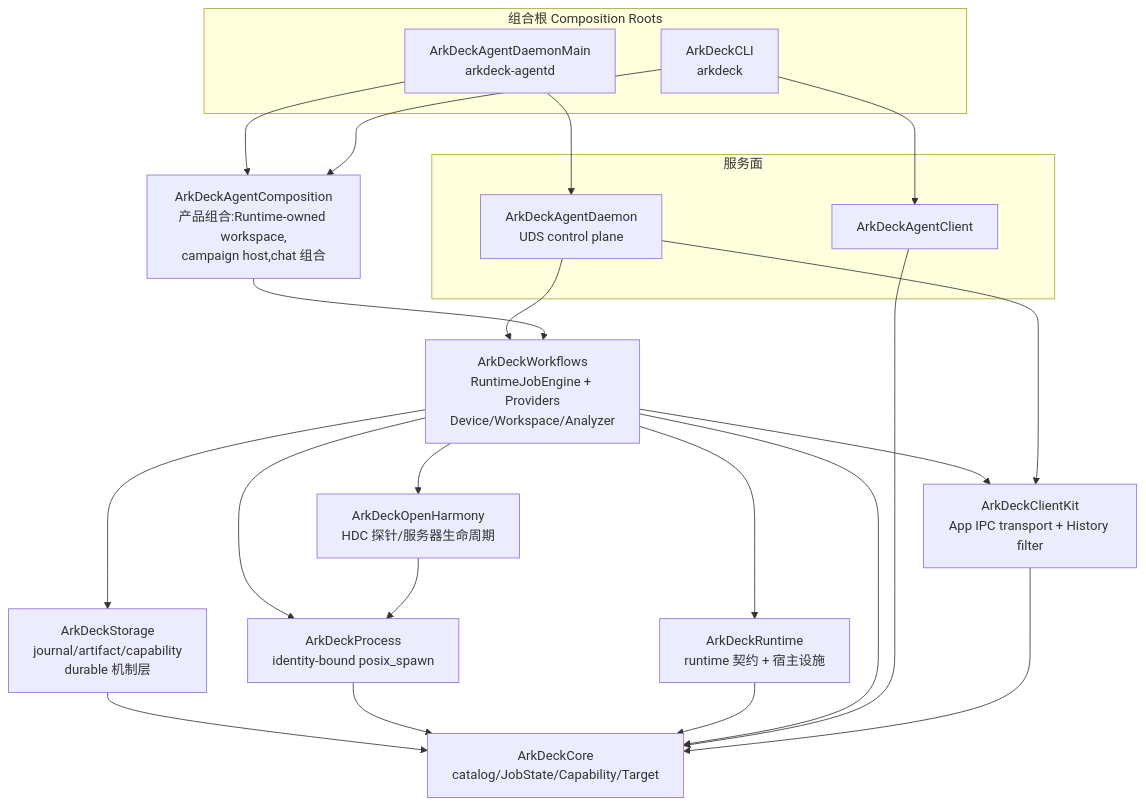
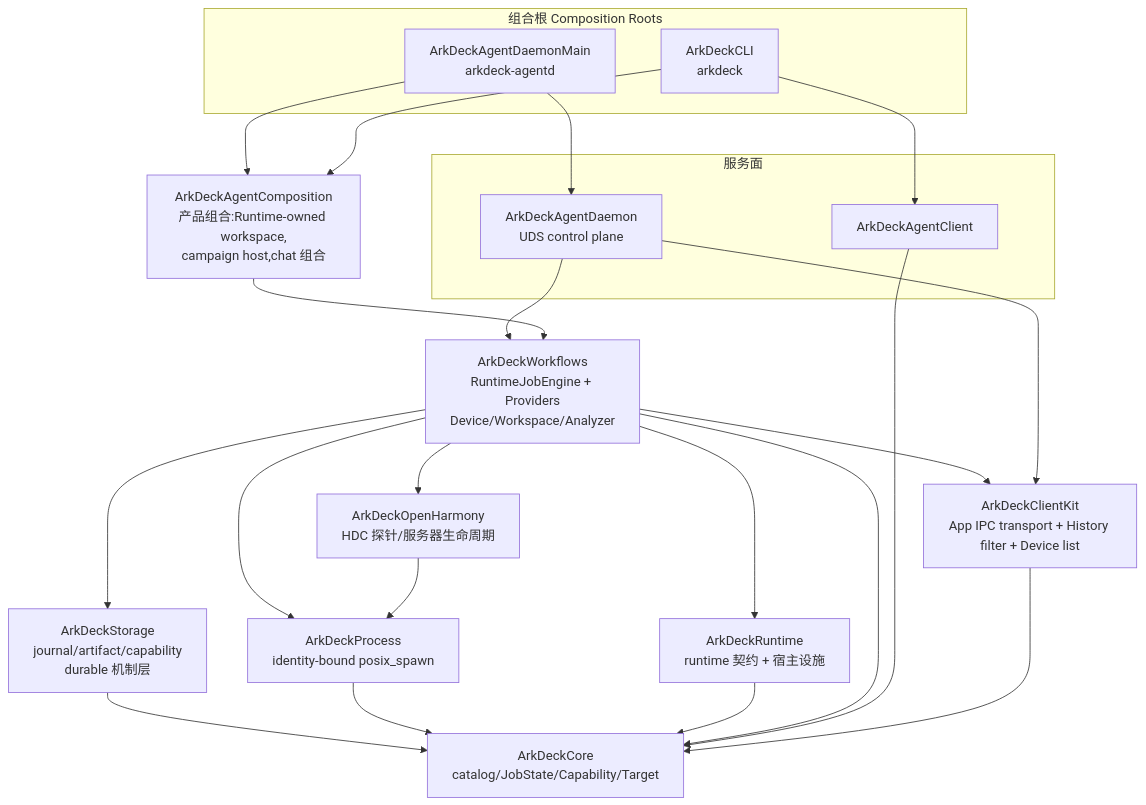
The diagram in docs/ArchitectureRules.md (ArkDeck/ArkDeck), drawn with Mermaid before and after one commit. The commit also changed other lines of this file and 20 other files, not shown here.

Commit message:
refactor(TASK-XPA-019): extract Device list presentation into ClientKit

````diff
--- a/docs/ArchitectureRules.md
+++ b/docs/ArchitectureRules.md
@@ -24,38 +24,38 @@
 ```mermaid
 graph TD
     subgraph 组合根 Composition Roots
         DMAIN[ArkDeckAgentDaemonMain<br/>arkdeck-agentd]
         CLI[ArkDeckCLI<br/>arkdeck]
     end
     subgraph 服务面
         DAEMON[ArkDeckAgentDaemon<br/>UDS control plane]
         CLIENT[ArkDeckAgentClient]
     end
     COMP[ArkDeckAgentComposition<br/>产品组合:Runtime-owned workspace,<br/>campaign host,chat 组合]
     WORKFLOWS[ArkDeckWorkflows<br/>RuntimeJobEngine + Providers<br/>Device/Workspace/Analyzer]
     STORAGE[ArkDeckStorage<br/>journal/artifact/capability<br/>durable 机制层]
     OH[ArkDeckOpenHarmony<br/>HDC 探针/服务器生命周期]
     PROC[ArkDeckProcess<br/>identity-bound posix_spawn]
     RT[ArkDeckRuntime<br/>runtime 契约 + 宿主设施]
     CORE[ArkDeckCore<br/>catalog/JobState/Capability/Target]
 
     DMAIN --> DAEMON
     DMAIN --> COMP
     CLI --> COMP
     CLI --> CLIENT
     DAEMON --> WORKFLOWS
     COMP --> WORKFLOWS
     WORKFLOWS --> OH
     WORKFLOWS --> STORAGE
     WORKFLOWS --> PROC
     WORKFLOWS --> RT
     OH --> PROC
     STORAGE --> CORE
     PROC --> CORE
     RT --> CORE
     WORKFLOWS --> CORE
     CLIENT --> CORE
-    CLIENTKIT[ArkDeckClientKit<br/>App IPC transport + History filter] --> CORE
+    CLIENTKIT[ArkDeckClientKit<br/>App IPC transport + History filter + Device list] --> CORE
     WORKFLOWS --> CLIENTKIT
     DAEMON --> CLIENTKIT
 ```
````
